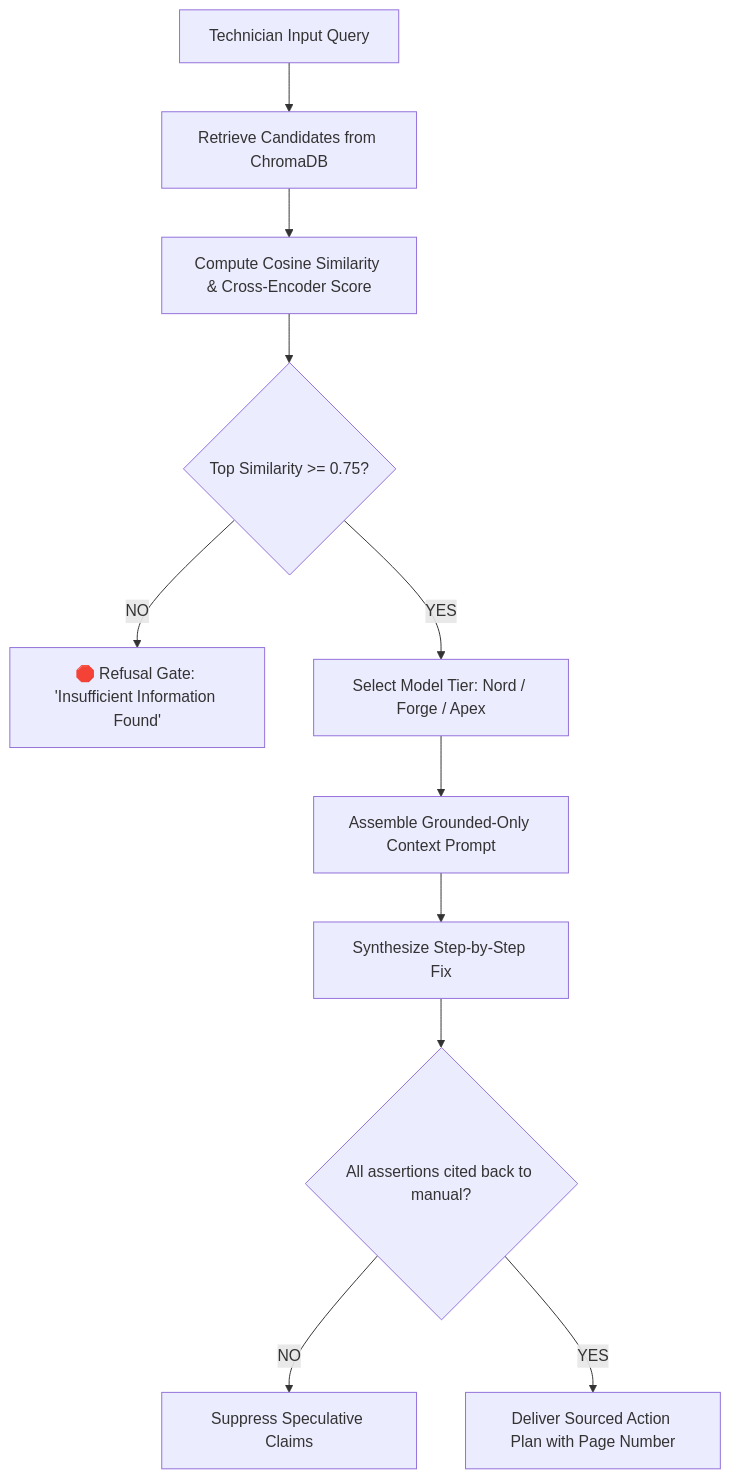
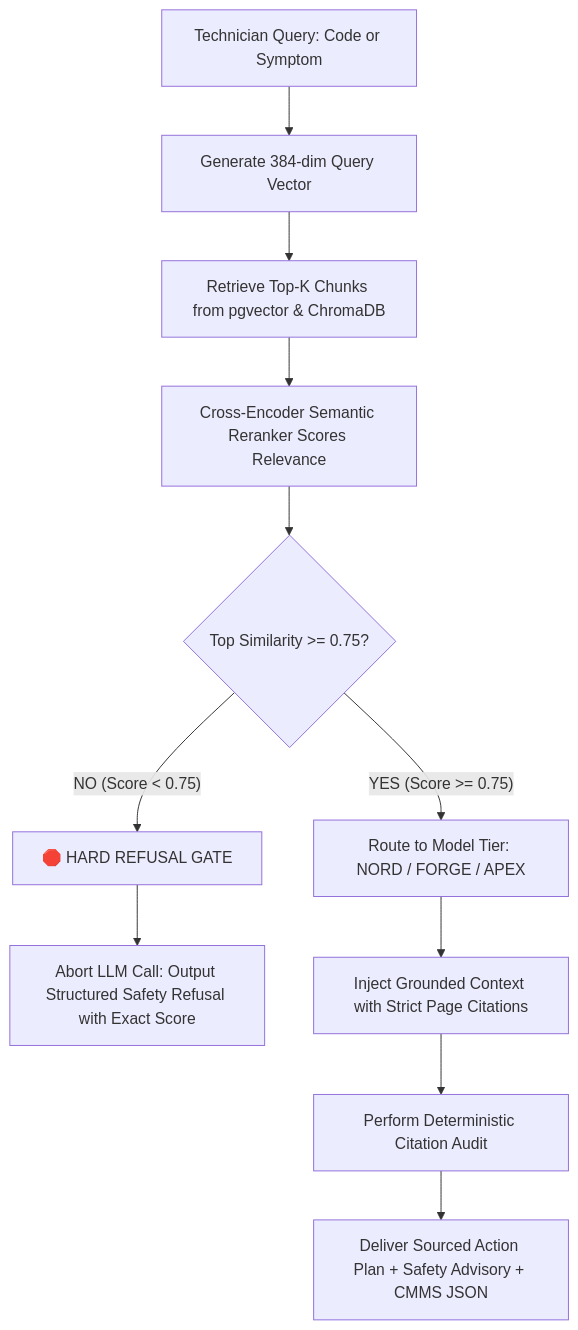
One commit to Surajphirke3/VH26-37-DIMENSITYLABS changed the diagram in README.md. Above: the diagram before and after it, drawn with Mermaid. The commit also changed other lines of this file and 9 other files, not shown here.

````diff
--- a/README.md
+++ b/README.md
@@ -141,13 +179,13 @@
 ```mermaid
 flowchart TD
-    A[Technician Input Query] --> B[Retrieve Candidates from ChromaDB]
-    B --> C[Compute Cosine Similarity & Cross-Encoder Score]
-    C --> D{Top Similarity >= 0.75?}
-    D -- NO --> E[🛑 Refusal Gate: 'Insufficient Information Found']
-    D -- YES --> F[Select Model Tier: Nord / Forge / Apex]
-    F --> G[Assemble Grounded-Only Context Prompt]
-    G --> H[Synthesize Step-by-Step Fix]
-    H --> I{All assertions cited back to manual?}
-    I -- NO --> J[Suppress Speculative Claims]
-    I -- YES --> K[Deliver Sourced Action Plan with Page Number]
+    A[Technician Query: Code or Symptom] --> B[Generate 384-dim Query Vector]
+    B --> C[Retrieve Top-K Chunks from pgvector & ChromaDB]
+    C --> D[Cross-Encoder Semantic Reranker Scores Relevance]
+    D --> E{Top Similarity >= 0.75?}
+    E -- NO (Score < 0.75) --> F[🛑 HARD REFUSAL GATE]
+    F --> G[Abort LLM Call: Output Structured Safety Refusal with Exact Score]
+    E -- YES (Score >= 0.75) --> H[Route to Model Tier: NORD / FORGE / APEX]
+    H --> I[Inject Grounded Context with Strict Page Citations]
+    I --> J[Perform Deterministic Citation Audit]
+    J --> K[Deliver Sourced Action Plan + Safety Advisory + CMMS JSON]
 ```
````
